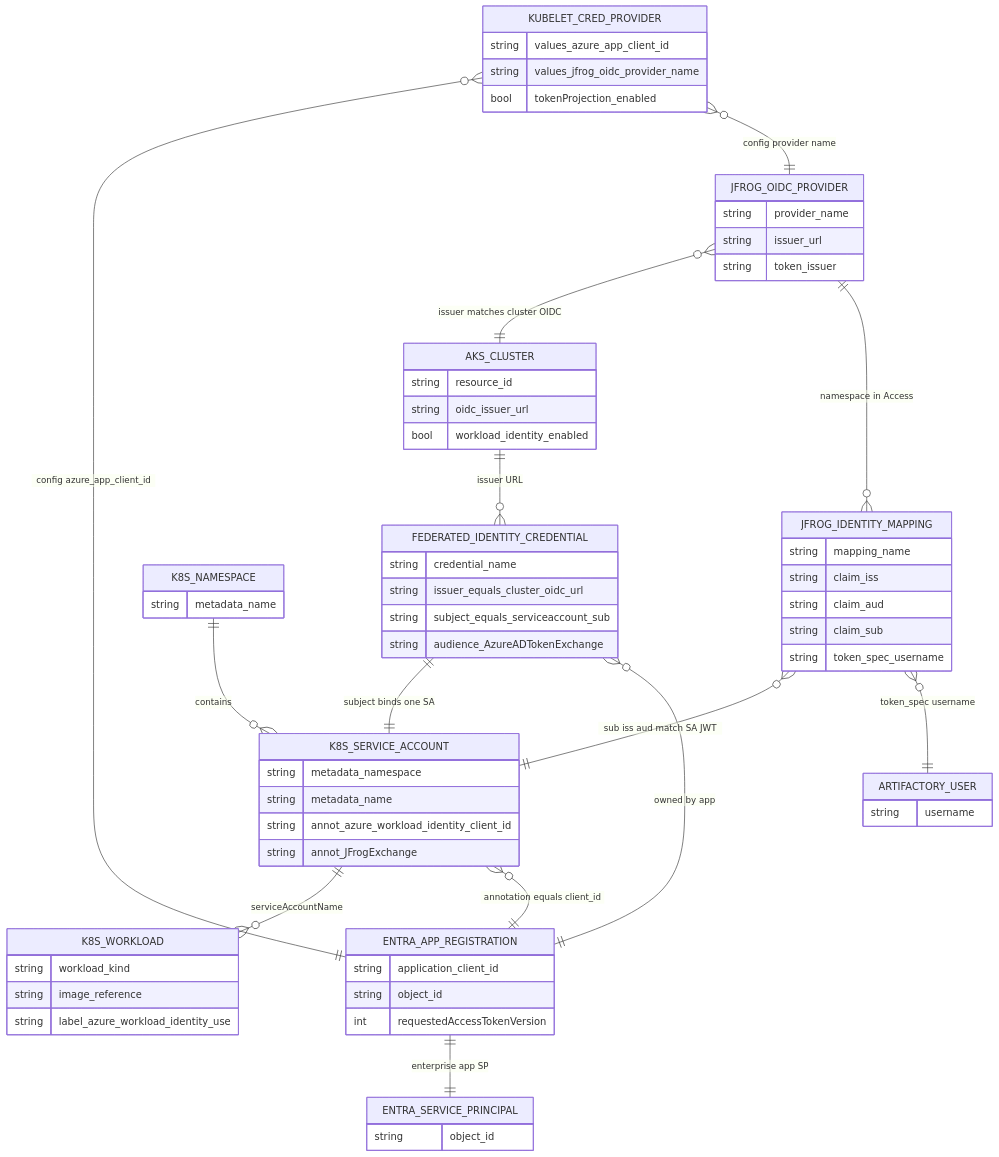
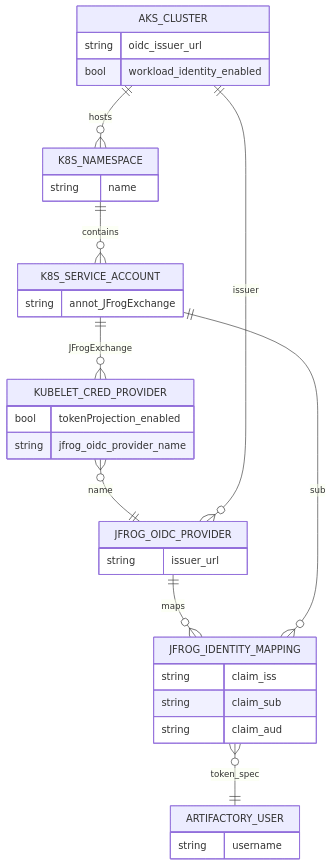
One commit to tomjfrog/jfrog-credentials-provider changed the diagram in Azure-Workload-Identity-OIDC-Workflow-Checklist.md. Above: the diagram before and after it, drawn with Mermaid. The commit also changed other lines of this file and 37 other files, not shown here.

First line of the commit message:
tomj-lab: consolidate Azure WI isolation lab on 1.4.0 Option B; archive Entra FIC material

````diff
--- a/Azure-Workload-Identity-OIDC-Workflow-Checklist.md
+++ b/Azure-Workload-Identity-OIDC-Workflow-Checklist.md
@@ -21,84 +13,36 @@
 ```mermaid
 erDiagram
     AKS_CLUSTER {
-        string resource_id
         string oidc_issuer_url
         bool workload_identity_enabled
     }
-
-    FEDERATED_IDENTITY_CREDENTIAL {
-        string credential_name
-        string issuer_equals_cluster_oidc_url
-        string subject_equals_serviceaccount_sub
-        string audience_AzureADTokenExchange
+    K8S_NAMESPACE {
+        string name
     }
-
-    ENTRA_APP_REGISTRATION {
-        string application_client_id
-        string object_id
-        int requestedAccessTokenVersion
-    }
-
-    ENTRA_SERVICE_PRINCIPAL {
-        string object_id
-    }
-
-    K8S_NAMESPACE {
-        string metadata_name
-    }
-
     K8S_SERVICE_ACCOUNT {
-        string metadata_namespace
-        string metadata_name
-        string annot_azure_workload_identity_client_id
         string annot_JFrogExchange
     }
-
-    K8S_WORKLOAD {
-        string workload_kind
-        string image_reference
-        string label_azure_workload_identity_use
+    KUBELET_CRED_PROVIDER {
+        bool tokenProjection_enabled
+        string jfrog_oidc_provider_name
     }
-
-    KUBELET_CRED_PROVIDER {
-        string values_azure_app_client_id
-        string values_jfrog_oidc_provider_name
-        bool tokenProjection_enabled
+    JFROG_OIDC_PROVIDER {
+        string issuer_url
     }
-
-    JFROG_OIDC_PROVIDER {
-        string provider_name
-        string issuer_url
-        string token_issuer
+    JFROG_IDENTITY_MAPPING {
+        string claim_iss
+        string claim_sub
+        string claim_aud
     }
-
-    JFROG_IDENTITY_MAPPING {
-        string mapping_name
-        string claim_iss
-        string claim_aud
-        string claim_sub
-        string token_spec_username
-    }
-
     ARTIFACTORY_USER {
         string username
     }
-
-    AKS_CLUSTER ||--o{ FEDERATED_IDENTITY_CREDENTIAL : "issuer URL"
-    ENTRA_APP_REGISTRATION ||--o{ FEDERATED_IDENTITY_CREDENTIAL : "owned by app"
-    ENTRA_APP_REGISTRATION ||--|| ENTRA_SERVICE_PRINCIPAL : "enterprise app SP"
-
-    K8S_NAMESPACE ||--o{ K8S_SERVICE_ACCOUNT : "contains"
-    K8S_SERVICE_ACCOUNT ||--o{ K8S_WORKLOAD : "serviceAccountName"
-
-    K8S_SERVICE_ACCOUNT }o--|| ENTRA_APP_REGISTRATION : "annotation equals client_id"
-    FEDERATED_IDENTITY_CREDENTIAL ||--|| K8S_SERVICE_ACCOUNT : "subject binds one SA"
-
-    JFROG_OIDC_PROVIDER }o--|| AKS_CLUSTER : "issuer matches cluster OIDC"
-    JFROG_OIDC_PROVIDER ||--o{ JFROG_IDENTITY_MAPPING : "namespace in Access"
-    JFROG_IDENTITY_MAPPING }o--|| K8S_SERVICE_ACCOUNT : "sub iss aud match SA JWT"
-    JFROG_IDENTITY_MAPPING }o--|| ARTIFACTORY_USER : "token_spec username"
-
-    KUBELET_CRED_PROVIDER }o--|| ENTRA_APP_REGISTRATION : "config azure_app_client_id"
-    KUBELET_CRED_PROVIDER }o--|| JFROG_OIDC_PROVIDER : "config provider name"
+    AKS_CLUSTER ||--o{ K8S_NAMESPACE : hosts
+    K8S_NAMESPACE ||--o{ K8S_SERVICE_ACCOUNT : contains
+    JFROG_OIDC_PROVIDER }o--|| AKS_CLUSTER : issuer
+    JFROG_OIDC_PROVIDER ||--o{ JFROG_IDENTITY_MAPPING : maps
+    JFROG_IDENTITY_MAPPING }o--|| K8S_SERVICE_ACCOUNT : sub
+    JFROG_IDENTITY_MAPPING }o--|| ARTIFACTORY_USER : token_spec
+    KUBELET_CRED_PROVIDER }o--|| JFROG_OIDC_PROVIDER : name
+    K8S_SERVICE_ACCOUNT ||--o{ KUBELET_CRED_PROVIDER : JFrogExchange
 ```
````
